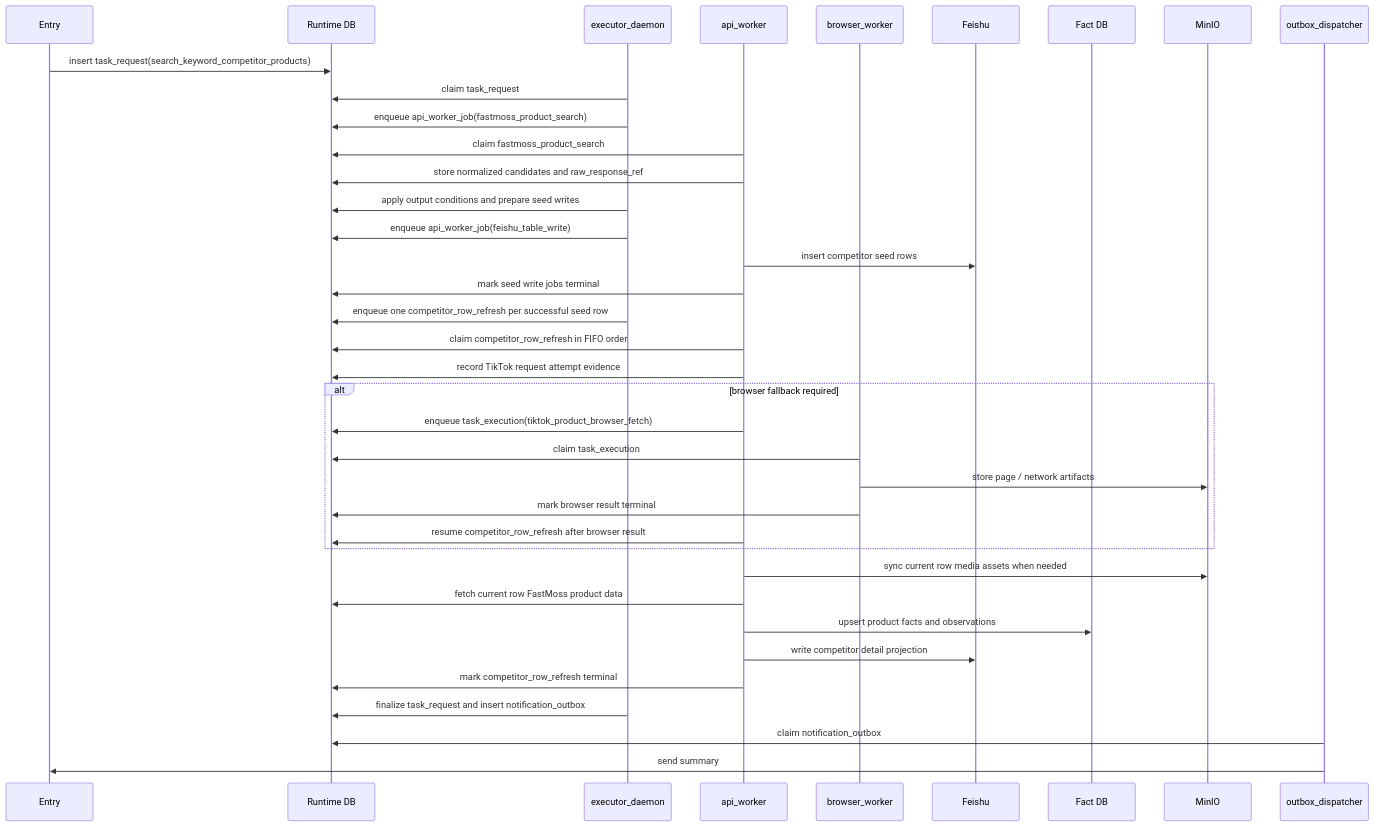
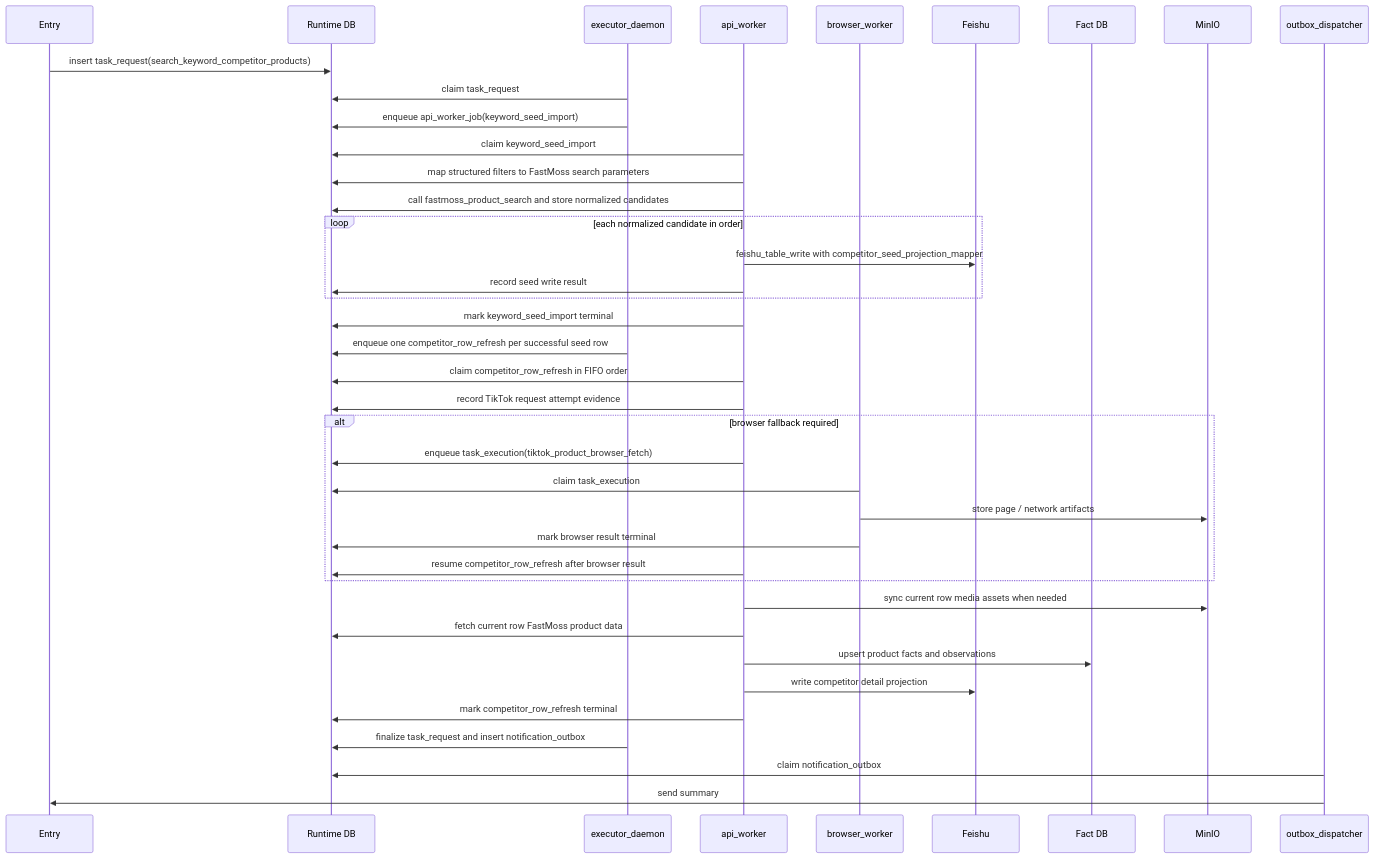
The fifth of 5 diagrams in docs/arch/workflow-competitor-table-design.md (knighterrantsky/mujitask), drawn with Mermaid before and after one commit. The commit also changed other lines of this file and 23 other files, not shown here.

Commit message:
Complete keyword competitor search workflow

````diff
--- a/docs/arch/workflow-competitor-table-design.md
+++ b/docs/arch/workflow-competitor-table-design.md
@@ -240,40 +246,42 @@
 ```mermaid
 sequenceDiagram
     participant Entry as Entry
     participant DB as Runtime DB
     participant Exec as executor_daemon
     participant API as api_worker
     participant Browser as browser_worker
     participant Feishu as Feishu
     participant Fact as Fact DB
     participant Obj as MinIO
     participant Outbox as outbox_dispatcher
 
     Entry->>DB: insert task_request(search_keyword_competitor_products)
     Exec->>DB: claim task_request
-    Exec->>DB: enqueue api_worker_job(fastmoss_product_search)
-    API->>DB: claim fastmoss_product_search
-    API->>DB: store normalized candidates and raw_response_ref
-    Exec->>DB: apply output conditions and prepare seed writes
-    Exec->>DB: enqueue api_worker_job(feishu_table_write)
-    API->>Feishu: insert competitor seed rows
-    API->>DB: mark seed write jobs terminal
+    Exec->>DB: enqueue api_worker_job(keyword_seed_import)
+    API->>DB: claim keyword_seed_import
+    API->>DB: map structured filters to FastMoss search parameters
+    API->>DB: call fastmoss_product_search and store normalized candidates
+    loop each normalized candidate in order
+        API->>Feishu: feishu_table_write with competitor_seed_projection_mapper
+        API->>DB: record seed write result
+    end
+    API->>DB: mark keyword_seed_import terminal
     Exec->>DB: enqueue one competitor_row_refresh per successful seed row
     API->>DB: claim competitor_row_refresh in FIFO order
     API->>DB: record TikTok request attempt evidence
     alt browser fallback required
         API->>DB: enqueue task_execution(tiktok_product_browser_fetch)
         Browser->>DB: claim task_execution
         Browser->>Obj: store page / network artifacts
         Browser->>DB: mark browser result terminal
         API->>DB: resume competitor_row_refresh after browser result
     end
     API->>Obj: sync current row media assets when needed
     API->>DB: fetch current row FastMoss product data
     API->>Fact: upsert product facts and observations
     API->>Feishu: write competitor detail projection
     API->>DB: mark competitor_row_refresh terminal
     Exec->>DB: finalize task_request and insert notification_outbox
     Outbox->>DB: claim notification_outbox
     Outbox->>Entry: send summary
 ```
````
